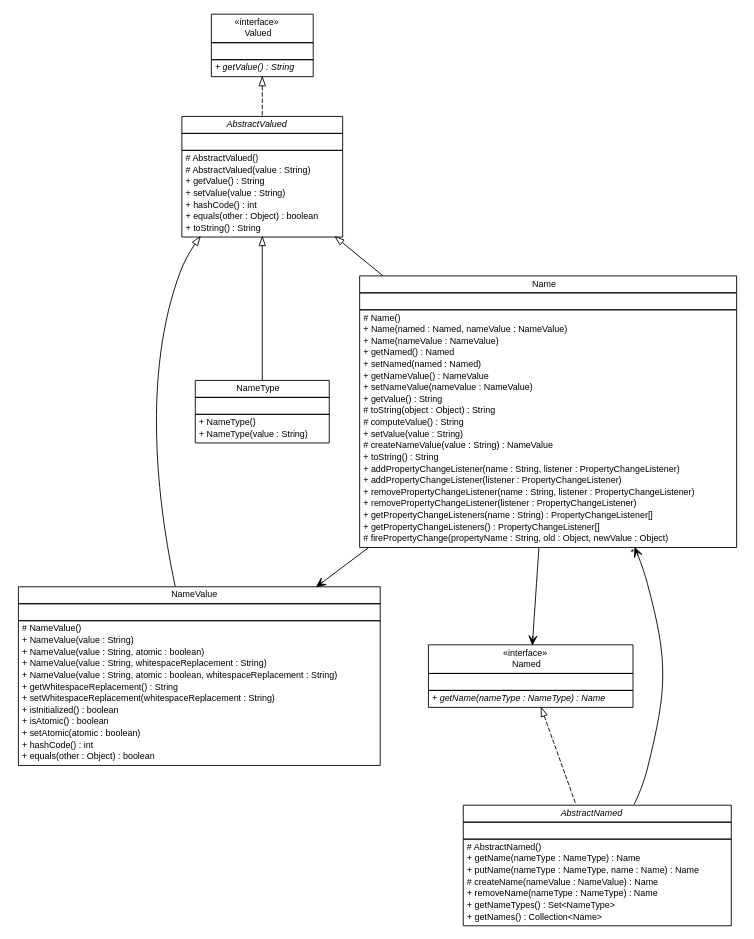
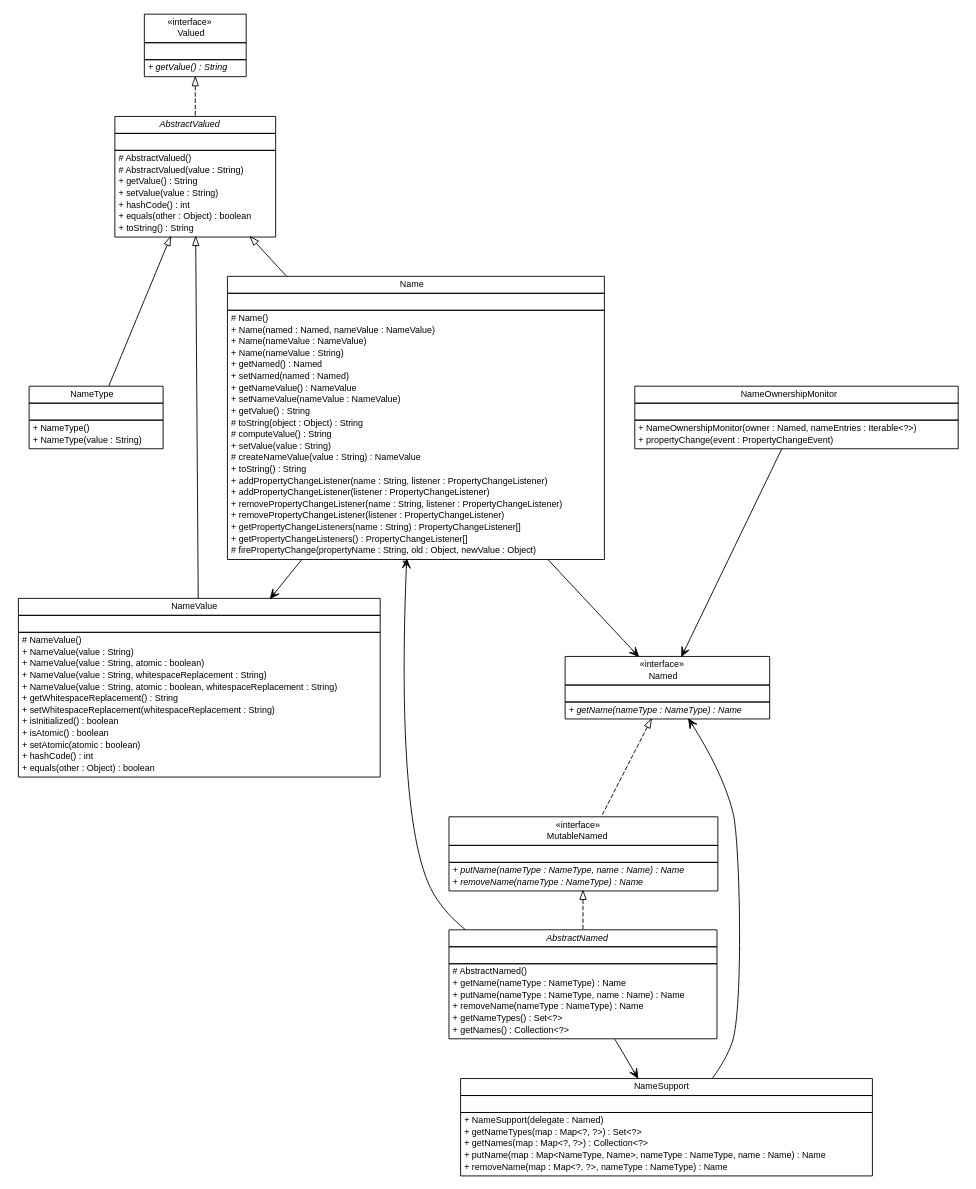
Before and after one commit to ljnelson/nomen: the diagram in apidocs/com/edugility/nomen/com.edugility.nomen.dot, drawn with Graphviz. The commit also changed 155 other files, not shown here.

```diff
--- a/apidocs/com/edugility/nomen/com.edugility.nomen.dot
+++ b/apidocs/com/edugility/nomen/com.edugility.nomen.dot
@@ -58,8 +58,37 @@
 <tr><td align="left" balign="left"> + NameType(value : String) </td></tr>
 		</table></td></tr>
 		</table>>, URL="./NameType.html", fontname="Helvetica", fontcolor="black", fontsize=10.0];
+	// com.edugility.nomen.NameSupport
+	c3 [label=<<table title="com.edugility.nomen.NameSupport" border="0" cellborder="1" cellspacing="0" cellpadding="2" port="p" href="./NameSupport.html">
+		<tr><td><table border="0" cellspacing="0" cellpadding="1">
+<tr><td align="center" balign="center"> NameSupport </td></tr>
+		</table></td></tr>
+		<tr><td><table border="0" cellspacing="0" cellpadding="1">
+<tr><td align="left" balign="left">  </td></tr>
+		</table></td></tr>
+		<tr><td><table border="0" cellspacing="0" cellpadding="1">
+<tr><td align="left" balign="left"> + NameSupport(delegate : Named) </td></tr>
+<tr><td align="left" balign="left"> + getNameTypes(map : Map&lt;?, ?&gt;) : Set&lt;?&gt; </td></tr>
+<tr><td align="left" balign="left"> + getNames(map : Map&lt;?, ?&gt;) : Collection&lt;?&gt; </td></tr>
+<tr><td align="left" balign="left"> + putName(map : Map&lt;NameType, Name&gt;, nameType : NameType, name : Name) : Name </td></tr>
+<tr><td align="left" balign="left"> + removeName(map : Map&lt;?, ?&gt;, nameType : NameType) : Name </td></tr>
+		</table></td></tr>
+		</table>>, URL="./NameSupport.html", fontname="Helvetica", fontcolor="black", fontsize=10.0];
+	// com.edugility.nomen.NameOwnershipMonitor
+	c4 [label=<<table title="com.edugility.nomen.NameOwnershipMonitor" border="0" cellborder="1" cellspacing="0" cellpadding="2" port="p" href="./NameOwnershipMonitor.html">
+		<tr><td><table border="0" cellspacing="0" cellpadding="1">
+<tr><td align="center" balign="center"> NameOwnershipMonitor </td></tr>
+		</table></td></tr>
+		<tr><td><table border="0" cellspacing="0" cellpadding="1">
+<tr><td align="left" balign="left">  </td></tr>
+		</table></td></tr>
+		<tr><td><table border="0" cellspacing="0" cellpadding="1">
+<tr><td align="left" balign="left"> + NameOwnershipMonitor(owner : Named, nameEntries : Iterable&lt;?&gt;) </td></tr>
+<tr><td align="left" balign="left"> + propertyChange(event : PropertyChangeEvent) </td></tr>
+		</table></td></tr>
+		</table>>, URL="./NameOwnershipMonitor.html", fontname="Helvetica", fontcolor="black", fontsize=10.0];
 	// com.edugility.nomen.Named
-	c3 [label=<<table title="com.edugility.nomen.Named" border="0" cellborder="1" cellspacing="0" cellpadding="2" port="p" href="./Named.html">
+	c5 [label=<<table title="com.edugility.nomen.Named" border="0" cellborder="1" cellspacing="0" cellpadding="2" port="p" href="./Named.html">
 		<tr><td><table border="0" cellspacing="0" cellpadding="1">
 <tr><td align="center" balign="center"> &#171;interface&#187; </td></tr>
 <tr><td align="center" balign="center"> Named </td></tr>
@@ -72,7 +101,7 @@
 		</table></td></tr>
 		</table>>, URL="./Named.html", fontname="Helvetica", fontcolor="black", fontsize=10.0];
 	// com.edugility.nomen.Name
-	c4 [label=<<table title="com.edugility.nomen.Name" border="0" cellborder="1" cellspacing="0" cellpadding="2" port="p" href="./Name.html">
+	c6 [label=<<table title="com.edugility.nomen.Name" border="0" cellborder="1" cellspacing="0" cellpadding="2" port="p" href="./Name.html">
 		<tr><td><table border="0" cellspacing="0" cellpadding="1">
 <tr><td align="center" balign="center"> Name </td></tr>
 		</table></td></tr>
@@ -83,6 +112,7 @@
 <tr><td align="left" balign="left"> # Name() </td></tr>
 <tr><td align="left" balign="left"> + Name(named : Named, nameValue : NameValue) </td></tr>
 <tr><td align="left" balign="left"> + Name(nameValue : NameValue) </td></tr>
+<tr><td align="left" balign="left"> + Name(nameValue : String) </td></tr>
 <tr><td align="left" balign="left"> + getNamed() : Named </td></tr>
 <tr><td align="left" balign="left"> + setNamed(named : Named) </td></tr>
 <tr><td align="left" balign="left"> + getNameValue() : NameValue </td></tr>
@@ -102,8 +132,22 @@
 <tr><td align="left" balign="left"> # firePropertyChange(propertyName : String, old : Object, newValue : Object) </td></tr>
 		</table></td></tr>
 		</table>>, URL="./Name.html", fontname="Helvetica", fontcolor="black", fontsize=10.0];
+	// com.edugility.nomen.MutableNamed
+	c7 [label=<<table title="com.edugility.nomen.MutableNamed" border="0" cellborder="1" cellspacing="0" cellpadding="2" port="p" href="./MutableNamed.html">
+		<tr><td><table border="0" cellspacing="0" cellpadding="1">
+<tr><td align="center" balign="center"> &#171;interface&#187; </td></tr>
+<tr><td align="center" balign="center"> MutableNamed </td></tr>
+		</table></td></tr>
+		<tr><td><table border="0" cellspacing="0" cellpadding="1">
+<tr><td align="left" balign="left">  </td></tr>
+		</table></td></tr>
+		<tr><td><table border="0" cellspacing="0" cellpadding="1">
+<tr><td align="left" balign="left"><font face="Helvetica-Oblique" point-size="10.0"> + putName(nameType : NameType, name : Name) : Name </font></td></tr>
+<tr><td align="left" balign="left"><font face="Helvetica-Oblique" point-size="10.0"> + removeName(nameType : NameType) : Name </font></td></tr>
+		</table></td></tr>
+		</table>>, URL="./MutableNamed.html", fontname="Helvetica", fontcolor="black", fontsize=10.0];
 	// com.edugility.nomen.AbstractValued
-	c5 [label=<<table title="com.edugility.nomen.AbstractValued" border="0" cellborder="1" cellspacing="0" cellpadding="2" port="p" href="./AbstractValued.html">
+	c8 [label=<<table title="com.edugility.nomen.AbstractValued" border="0" cellborder="1" cellspacing="0" cellpadding="2" port="p" href="./AbstractValued.html">
 		<tr><td><table border="0" cellspacing="0" cellpadding="1">
 <tr><td align="center" balign="center"><font face="Helvetica-Oblique"> AbstractValued </font></td></tr>
 		</table></td></tr>
@@ -121,7 +165,7 @@
 		</table></td></tr>
 		</table>>, URL="./AbstractValued.html", fontname="Helvetica", fontcolor="black", fontsize=10.0];
 	// com.edugility.nomen.AbstractNamed
-	c6 [label=<<table title="com.edugility.nomen.AbstractNamed" border="0" cellborder="1" cellspacing="0" cellpadding="2" port="p" href="./AbstractNamed.html">
+	c9 [label=<<table title="com.edugility.nomen.AbstractNamed" border="0" cellborder="1" cellspacing="0" cellpadding="2" port="p" href="./AbstractNamed.html">
 		<tr><td><table border="0" cellspacing="0" cellpadding="1">
 <tr><td align="center" balign="center"><font face="Helvetica-Oblique"> AbstractNamed </font></td></tr>
 		</table></td></tr>
@@ -132,26 +176,33 @@
 <tr><td align="left" balign="left"> # AbstractNamed() </td></tr>
 <tr><td align="left" balign="left"> + getName(nameType : NameType) : Name </td></tr>
 <tr><td align="left" balign="left"> + putName(nameType : NameType, name : Name) : Name </td></tr>
-<tr><td align="left" balign="left"> # createName(nameValue : NameValue) : Name </td></tr>
 <tr><td align="left" balign="left"> + removeName(nameType : NameType) : Name </td></tr>
-<tr><td align="left" balign="left"> + getNameTypes() : Set&lt;NameType&gt; </td></tr>
-<tr><td align="left" balign="left"> + getNames() : Collection&lt;Name&gt; </td></tr>
+<tr><td align="left" balign="left"> + getNameTypes() : Set&lt;?&gt; </td></tr>
+<tr><td align="left" balign="left"> + getNames() : Collection&lt;?&gt; </td></tr>
 		</table></td></tr>
 		</table>>, URL="./AbstractNamed.html", fontname="Helvetica", fontcolor="black", fontsize=10.0];
 	//com.edugility.nomen.NameValue extends com.edugility.nomen.AbstractValued
-	c5:p -> c1:p [dir=back,arrowtail=empty];
+	c8:p -> c1:p [dir=back,arrowtail=empty];
 	//com.edugility.nomen.NameType extends com.edugility.nomen.AbstractValued
-	c5:p -> c2:p [dir=back,arrowtail=empty];
+	c8:p -> c2:p [dir=back,arrowtail=empty];
 	//com.edugility.nomen.Name extends com.edugility.nomen.AbstractValued
-	c5:p -> c4:p [dir=back,arrowtail=empty];
+	c8:p -> c6:p [dir=back,arrowtail=empty];
+	//com.edugility.nomen.MutableNamed implements com.edugility.nomen.Named
+	c5:p -> c7:p [dir=back,arrowtail=empty,style=dashed];
 	//com.edugility.nomen.AbstractValued implements com.edugility.nomen.Valued
-	c0:p -> c5:p [dir=back,arrowtail=empty,style=dashed];
-	//com.edugility.nomen.AbstractNamed implements com.edugility.nomen.Named
-	c3:p -> c6:p [dir=back,arrowtail=empty,style=dashed];
+	c0:p -> c8:p [dir=back,arrowtail=empty,style=dashed];
+	//com.edugility.nomen.AbstractNamed implements com.edugility.nomen.MutableNamed
+	c7:p -> c9:p [dir=back,arrowtail=empty,style=dashed];
+	// com.edugility.nomen.NameSupport NAVASSOC com.edugility.nomen.Named
+	c3:p -> c5:p [taillabel="", label="", headlabel="", fontname="Helvetica", fontcolor="black", fontsize=10.0, color="black", arrowhead=open];
+	// com.edugility.nomen.NameOwnershipMonitor NAVASSOC com.edugility.nomen.Named
+	c4:p -> c5:p [taillabel="", label="", headlabel="", fontname="Helvetica", fontcolor="black", fontsize=10.0, color="black", arrowhead=open];
 	// com.edugility.nomen.Name NAVASSOC com.edugility.nomen.Named
-	c4:p -> c3:p [taillabel="", label="", headlabel="", fontname="Helvetica", fontcolor="black", fontsize=10.0, color="black", arrowhead=open];
+	c6:p -> c5:p [taillabel="", label="", headlabel="", fontname="Helvetica", fontcolor="black", fontsize=10.0, color="black", arrowhead=open];
 	// com.edugility.nomen.Name NAVASSOC com.edugility.nomen.NameValue
-	c4:p -> c1:p [taillabel="", label="", headlabel="", fontname="Helvetica", fontcolor="black", fontsize=10.0, color="black", arrowhead=open];
+	c6:p -> c1:p [taillabel="", label="", headlabel="", fontname="Helvetica", fontcolor="black", fontsize=10.0, color="black", arrowhead=open];
 	// com.edugility.nomen.AbstractNamed NAVASSOC com.edugility.nomen.Name
-	c6:p -> c4:p [taillabel="", label="", headlabel="*", fontname="Helvetica", fontcolor="black", fontsize=10.0, color="black", arrowhead=open];
+	c9:p -> c6:p [taillabel="", label="", headlabel="*", fontname="Helvetica", fontcolor="black", fontsize=10.0, color="black", arrowhead=open];
+	// com.edugility.nomen.AbstractNamed NAVASSOC com.edugility.nomen.NameSupport
+	c9:p -> c3:p [taillabel="", label="", headlabel="", fontname="Helvetica", fontcolor="black", fontsize=10.0, color="black", arrowhead=open];
 }
```
